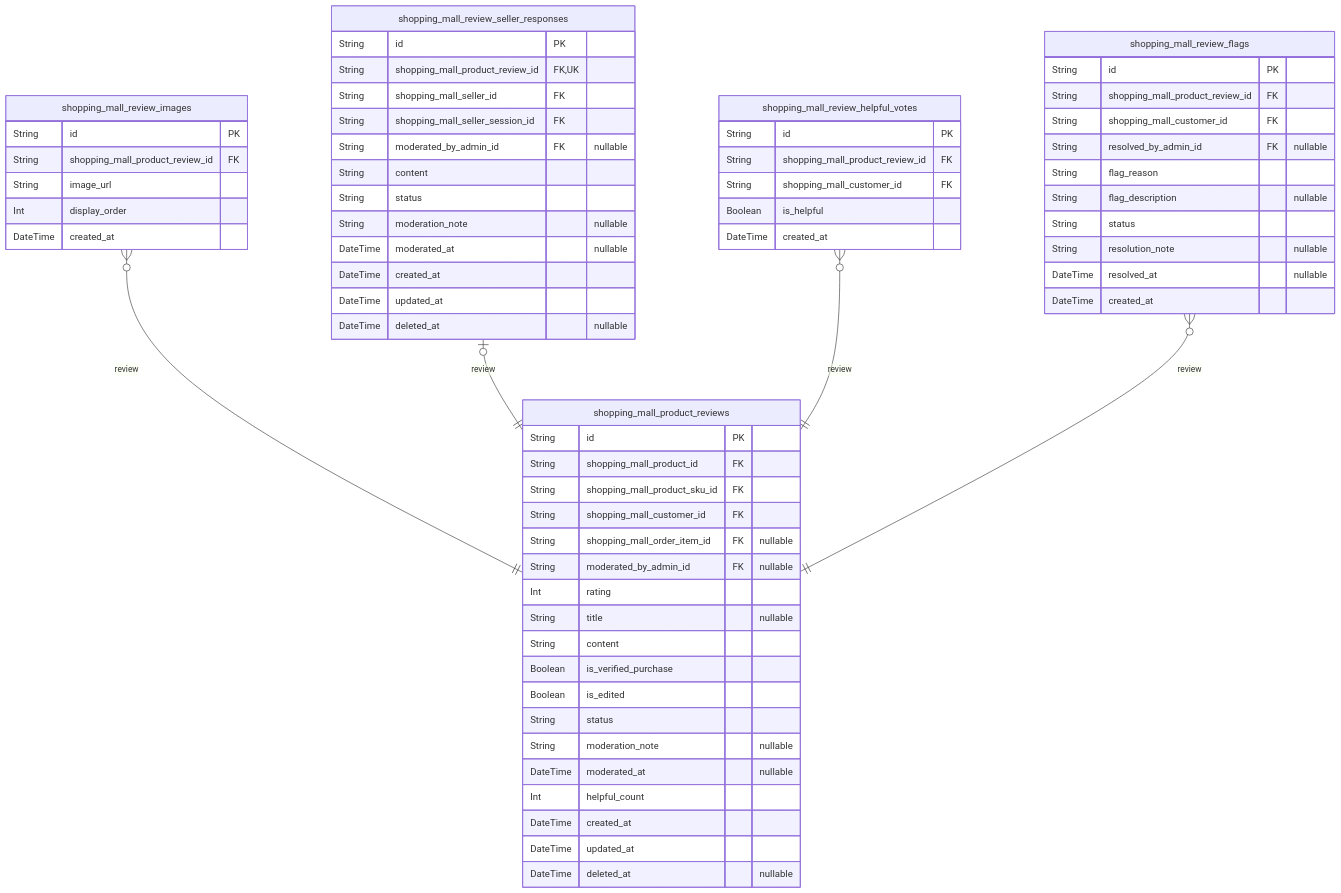
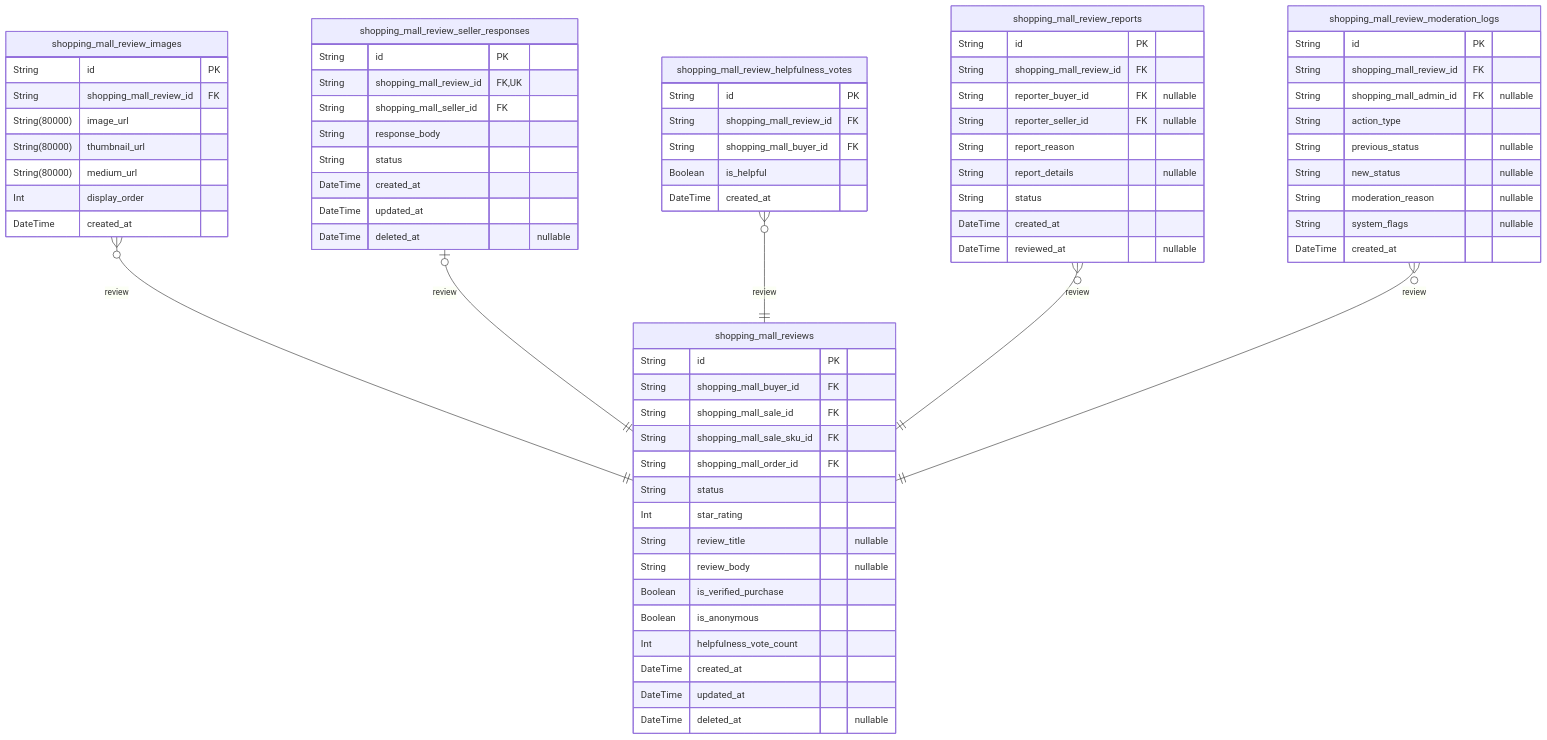
The tenth of 10 diagrams in anthropic/claude-sonnet-4.5/shopping/docs/ERD.md (wrtnlabs/autobe-examples), drawn with Mermaid before and after one commit. The commit also changed other lines of this file and 22498 other files, not shown here.

````diff
--- a/anthropic/claude-sonnet-4.5/shopping/docs/ERD.md
+++ b/anthropic/claude-sonnet-4.5/shopping/docs/ERD.md
@@ -2219,67 +2513,73 @@
 ```mermaid
 erDiagram
-"shopping_mall_product_reviews" {
+"shopping_mall_reviews" {
   String id PK
-  String shopping_mall_product_id FK
-  String shopping_mall_product_sku_id FK
-  String shopping_mall_customer_id FK
-  String shopping_mall_order_item_id FK "nullable"
-  String moderated_by_admin_id FK "nullable"
-  Int rating
-  String title "nullable"
-  String content
+  String shopping_mall_buyer_id FK
+  String shopping_mall_sale_id FK
+  String shopping_mall_sale_sku_id FK
+  String shopping_mall_order_id FK
+  String status
+  Int star_rating
+  String review_title "nullable"
+  String review_body "nullable"
   Boolean is_verified_purchase
-  Boolean is_edited
-  String status
-  String moderation_note "nullable"
-  DateTime moderated_at "nullable"
-  Int helpful_count
+  Boolean is_anonymous
+  Int helpfulness_vote_count
   DateTime created_at
   DateTime updated_at
   DateTime deleted_at "nullable"
 }
 "shopping_mall_review_images" {
   String id PK
-  String shopping_mall_product_review_id FK
-  String image_url
+  String shopping_mall_review_id FK
+  String(80000) image_url
+  String(80000) thumbnail_url
+  String(80000) medium_url
   Int display_order
   DateTime created_at
 }
 "shopping_mall_review_seller_responses" {
   String id PK
-  String shopping_mall_product_review_id FK,UK
+  String shopping_mall_review_id FK,UK
   String shopping_mall_seller_id FK
-  String shopping_mall_seller_session_id FK
-  String moderated_by_admin_id FK "nullable"
-  String content
+  String response_body
   String status
-  String moderation_note "nullable"
-  DateTime moderated_at "nullable"
   DateTime created_at
   DateTime updated_at
   DateTime deleted_at "nullable"
 }
-"shopping_mall_review_helpful_votes" {
+"shopping_mall_review_helpfulness_votes" {
   String id PK
-  String shopping_mall_product_review_id FK
-  String shopping_mall_customer_id FK
+  String shopping_mall_review_id FK
+  String shopping_mall_buyer_id FK
   Boolean is_helpful
   DateTime created_at
 }
-"shopping_mall_review_flags" {
+"shopping_mall_review_reports" {
   String id PK
-  String shopping_mall_product_review_id FK
-  String shopping_mall_customer_id FK
-  String resolved_by_admin_id FK "nullable"
-  String flag_reason
-  String flag_description "nullable"
+  String shopping_mall_review_id FK
+  String reporter_buyer_id FK "nullable"
+  String reporter_seller_id FK "nullable"
+  String report_reason
+  String report_details "nullable"
   String status
-  String resolution_note "nullable"
-  DateTime resolved_at "nullable"
+  DateTime created_at
+  DateTime reviewed_at "nullable"
+}
+"shopping_mall_review_moderation_logs" {
+  String id PK
+  String shopping_mall_review_id FK
+  String shopping_mall_admin_id FK "nullable"
+  String action_type
+  String previous_status "nullable"
+  String new_status "nullable"
+  String moderation_reason "nullable"
+  String system_flags "nullable"
   DateTime created_at
 }
-"shopping_mall_review_images" }o--|| "shopping_mall_product_reviews" : review
-"shopping_mall_review_seller_responses" |o--|| "shopping_mall_product_reviews" : review
-"shopping_mall_review_helpful_votes" }o--|| "shopping_mall_product_reviews" : review
-"shopping_mall_review_flags" }o--|| "shopping_mall_product_reviews" : review
+"shopping_mall_review_images" }o--|| "shopping_mall_reviews" : review
+"shopping_mall_review_seller_responses" |o--|| "shopping_mall_reviews" : review
+"shopping_mall_review_helpfulness_votes" }o--|| "shopping_mall_reviews" : review
+"shopping_mall_review_reports" }o--|| "shopping_mall_reviews" : review
+"shopping_mall_review_moderation_logs" }o--|| "shopping_mall_reviews" : review
 ```
````
